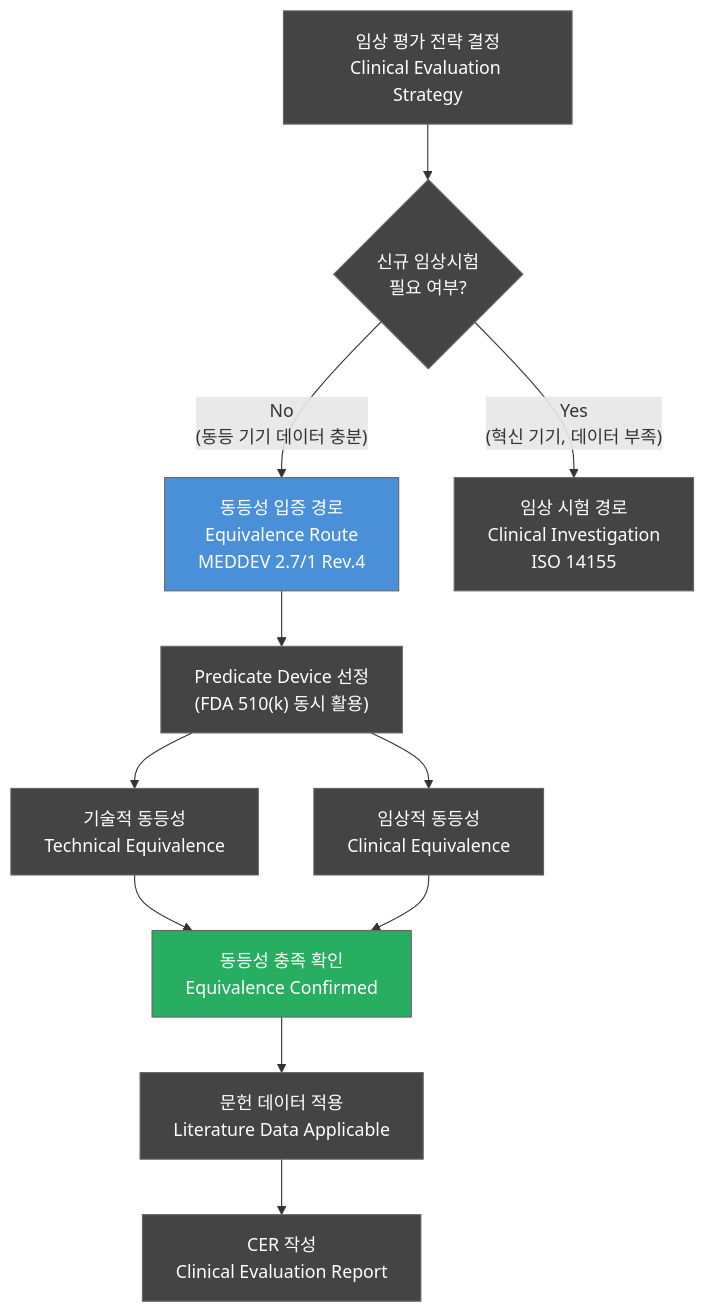
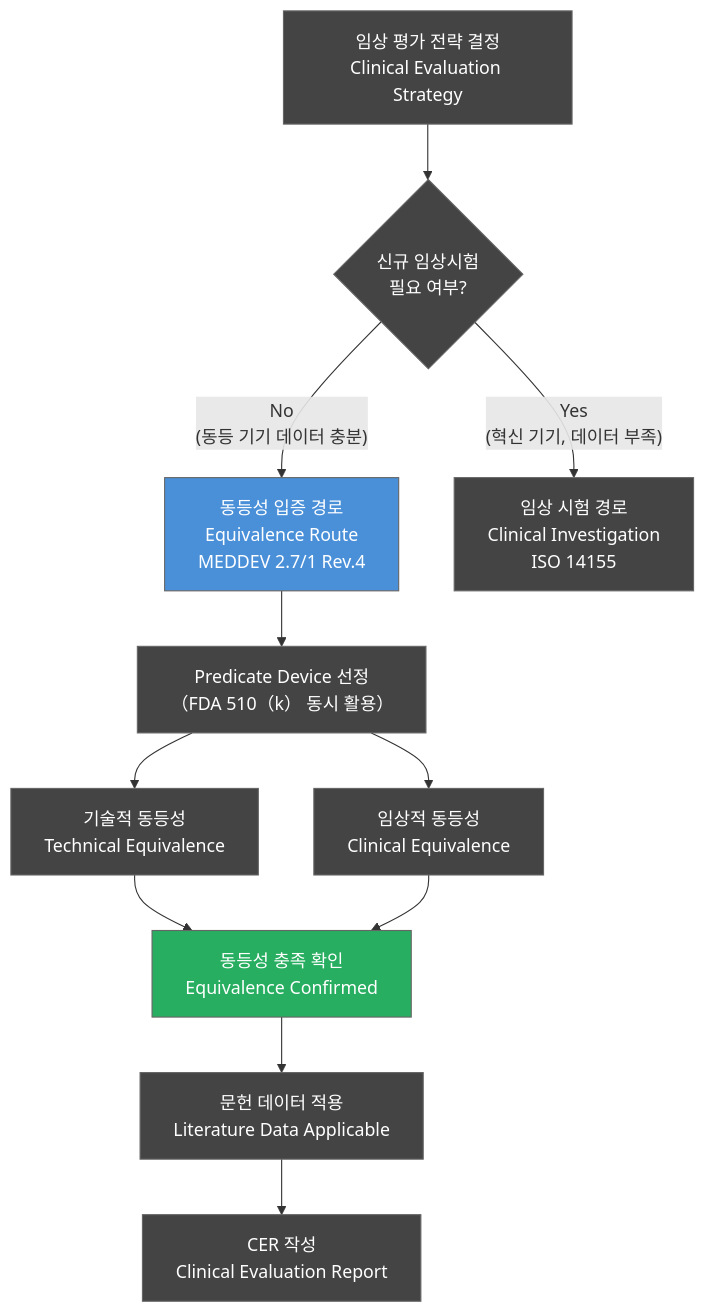
Before and after one commit to holee9/console-gui: the third of 7 diagrams in docs/regulatory/DOC-020_Clinical_Evaluation_Plan_v1.0.md, drawn with Mermaid. The commit also changed other lines of this file and 22 other files, not shown here.

First line of the commit message:
fix: Mermaid flowchart 노드 내 괄호 파싱 오류 전면 수정

````diff
--- a/docs/regulatory/DOC-020_Clinical_Evaluation_Plan_v1.0.md
+++ b/docs/regulatory/DOC-020_Clinical_Evaluation_Plan_v1.0.md
@@ -258,17 +258,17 @@
 ```mermaid
 flowchart TD
     classDef default fill:#444,stroke:#666,color:#fff
     A["임상 평가 전략 결정\nClinical Evaluation Strategy"] --> B{신규 임상시험\n필요 여부?}
     B -- "No\n(동등 기기 데이터 충분)" --> C["동등성 입증 경로\nEquivalence Route\nMEDDEV 2.7/1 Rev.4"]
     B -- "Yes\n(혁신 기기, 데이터 부족)" --> D["임상 시험 경로\nClinical Investigation\nISO 14155"]
-    C --> E["Predicate Device 선정\n(FDA 510(k) 동시 활용)"]
+    C --> E["Predicate Device 선정\n（FDA 510（k） 동시 활용）"]
     E --> F["기술적 동등성\nTechnical Equivalence"]
     E --> G["임상적 동등성\nClinical Equivalence"]
     F --> H["동등성 충족 확인\nEquivalence Confirmed"]
     G --> H
     H --> I["문헌 데이터 적용\nLiterature Data Applicable"]
     I --> J["CER 작성\nClinical Evaluation Report"]
 
     style C fill:#4A90D9,color:#fff
     style H fill:#27AE60,color:#fff
 ```
````
